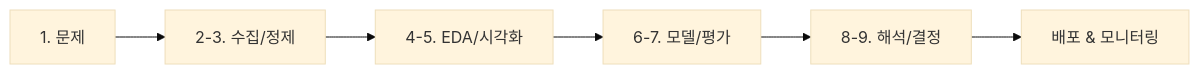
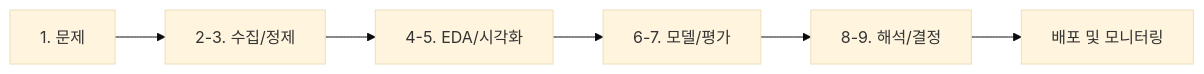
Before and after one commit to yeongseon-books/book-content: the diagram in content/data-science-101/ko/10-data-project-end-to-end.md, drawn with Mermaid (base theme). The commit also changed other lines of this file and 9 other files, not shown here.

````diff
--- a/content/data-science-101/ko/10-data-project-end-to-end.md
+++ b/content/data-science-101/ko/10-data-project-end-to-end.md
@@ -35,8 +47,8 @@
 ```mermaid
 flowchart LR
     Problem["1. 문제"] --> Data["2-3. 수집/정제"]
     Data --> EDA["4-5. EDA/시각화"]
     EDA --> Model["6-7. 모델/평가"]
     Model --> Decide["8-9. 해석/결정"]
-    Decide --> Ship["배포 & 모니터링"]
+    Decide --> Ship["배포 및 모니터링"]
 ```
````
